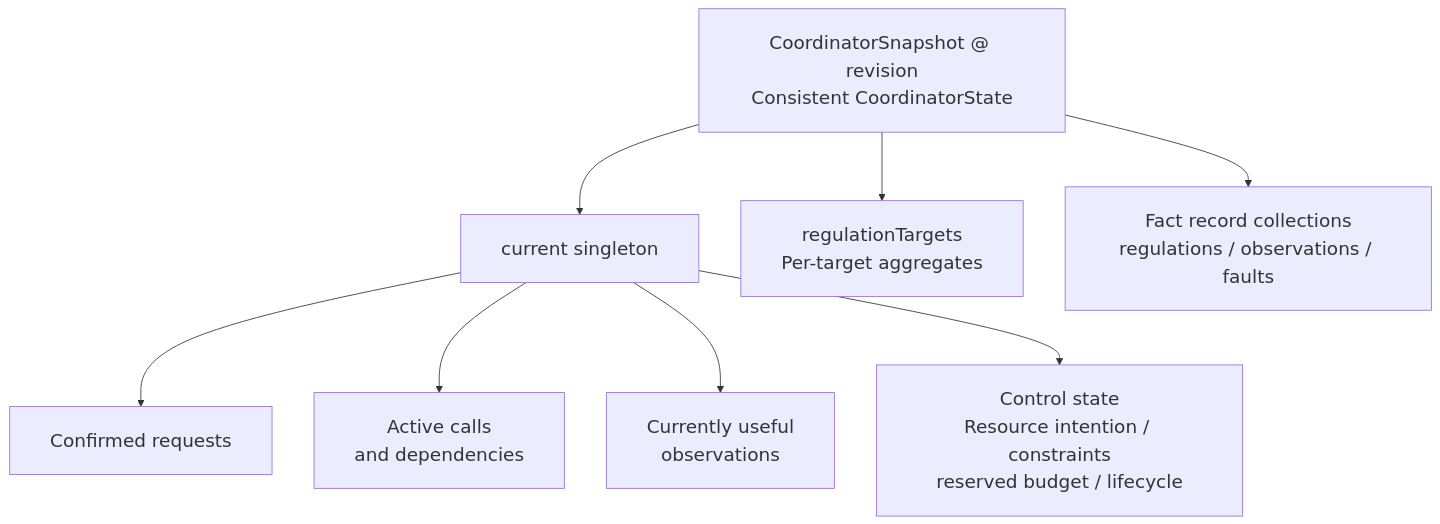
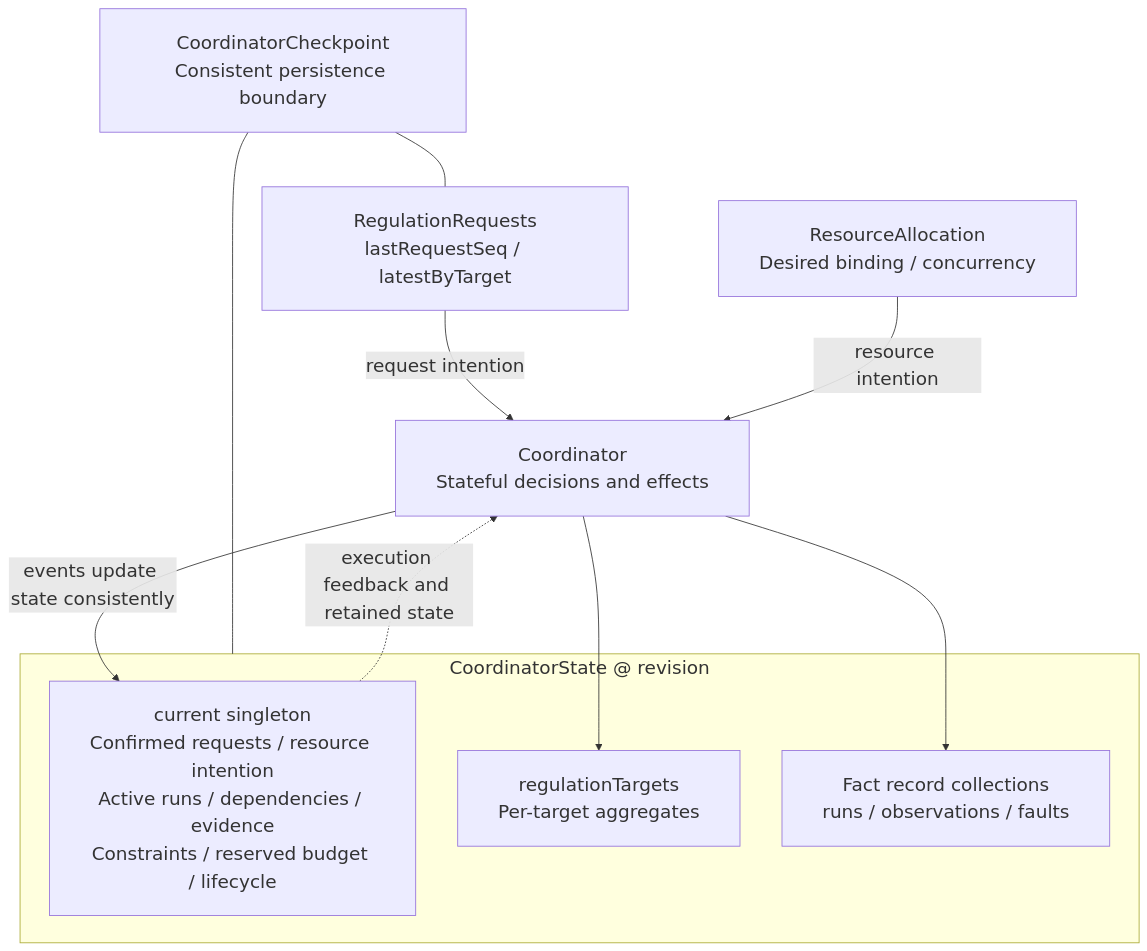
Before and after one commit to shazhou-ww/potential-guide: the fifth of 5 diagrams in .silvermoon/ideas/01M5E7N9F5Y0ZN1SYKDFYEVA20/outer/inner/ideal/Diagrams.md, drawn with Mermaid. The commit also changed other lines of this file and 8 other files, not shown here.

Commit message:
docs: clarify coordinator entities and unify intent-state diagrams

````diff
--- a/.silvermoon/ideas/01M5E7N9F5Y0ZN1SYKDFYEVA20/outer/inner/ideal/Diagrams.md
+++ b/.silvermoon/ideas/01M5E7N9F5Y0ZN1SYKDFYEVA20/outer/inner/ideal/Diagrams.md
@@ -207,30 +208,32 @@
 ```mermaid
 ---
 config:
   fontFamily: Arial, Helvetica, sans-serif
   themeVariables:
     fontFamily: Arial, Helvetica, sans-serif
     fontSize: 22px
   flowchart:
     wrappingWidth: 340
     nodeSpacing: 50
     rankSpacing: 65
     padding: 24
 ---
 flowchart TB
-    SNAPSHOT["CoordinatorSnapshot @ revision<br/>Consistent CoordinatorState"]
-    CURRENT["current singleton"]
-    ACK["Confirmed requests"]
-    EXEC["Active calls<br/>and dependencies"]
-    EVIDENCE["Currently useful<br/>observations"]
-    CONTROL["Control state<br/>Resource intention / constraints<br/>reserved budget / lifecycle"]
-    TARGETS["regulationTargets<br/>Per-target aggregates"]
-    RECORDS["Fact record collections<br/>regulations / observations / faults"]
-    SNAPSHOT --> CURRENT
-    SNAPSHOT --> TARGETS
-    SNAPSHOT --> RECORDS
-    CURRENT --> ACK
-    CURRENT --> EXEC
-    CURRENT --> EVIDENCE
-    CURRENT --> CONTROL
+    REQUESTS["RegulationRequests<br/>lastRequestSeq / latestByTarget"]
+    RESOURCE["ResourceAllocation<br/>Desired binding / concurrency"]
+    COORDINATOR["Coordinator<br/>Stateful decisions and effects"]
+    subgraph STATE["CoordinatorState @ revision"]
+        CURRENT["current singleton<br/>Confirmed requests / resource intention<br/>Active runs / dependencies / evidence<br/>Constraints / reserved budget / lifecycle"]
+        TARGETS["regulationTargets<br/>Per-target aggregates"]
+        RECORDS["Fact record collections<br/>runs / observations / faults"]
+    end
+    REQUESTS -->|request intention| COORDINATOR
+    RESOURCE -->|resource intention| COORDINATOR
+    COORDINATOR -->|events update state consistently| CURRENT
+    COORDINATOR --> TARGETS
+    COORDINATOR --> RECORDS
+    CURRENT -.->|execution feedback and retained state| COORDINATOR
+    CHECKPOINT["CoordinatorCheckpoint<br/>Consistent persistence boundary"]
+    CHECKPOINT --- REQUESTS
+    CHECKPOINT --- STATE
 ```
````
